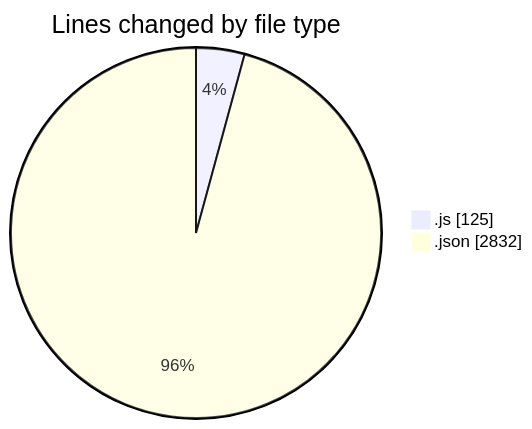
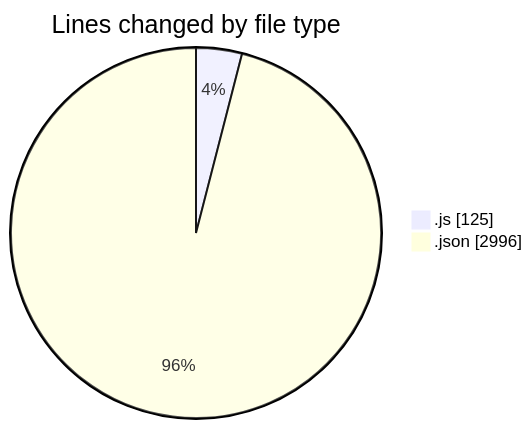
One commit to nxtqubesakshisongat/code-tracking changed the first of 2 diagrams in 2025-04-09/nxtqube_webapp/README.md. Above: the diagram before and after it, drawn with Mermaid. The commit also changed other lines of this file and 1 other file, not shown here.

````diff
--- a/2025-04-09/nxtqube_webapp/README.md
+++ b/2025-04-09/nxtqube_webapp/README.md
@@ -22,6 +22,6 @@
 ```mermaid
 pie showData
 title Lines changed by file type
 ".js" : 125
-".json" : 2832
+".json" : 2996
 ```
````
